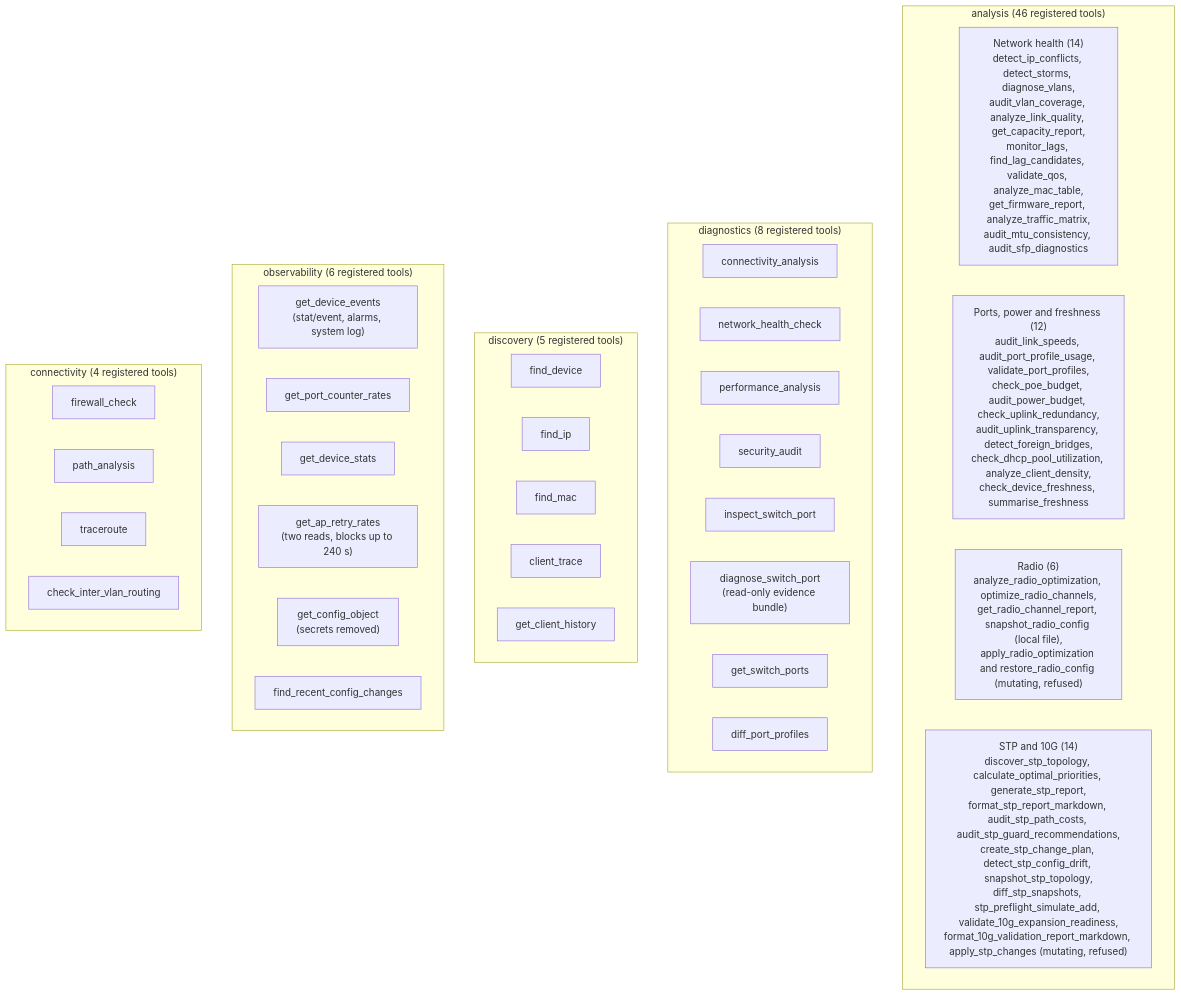
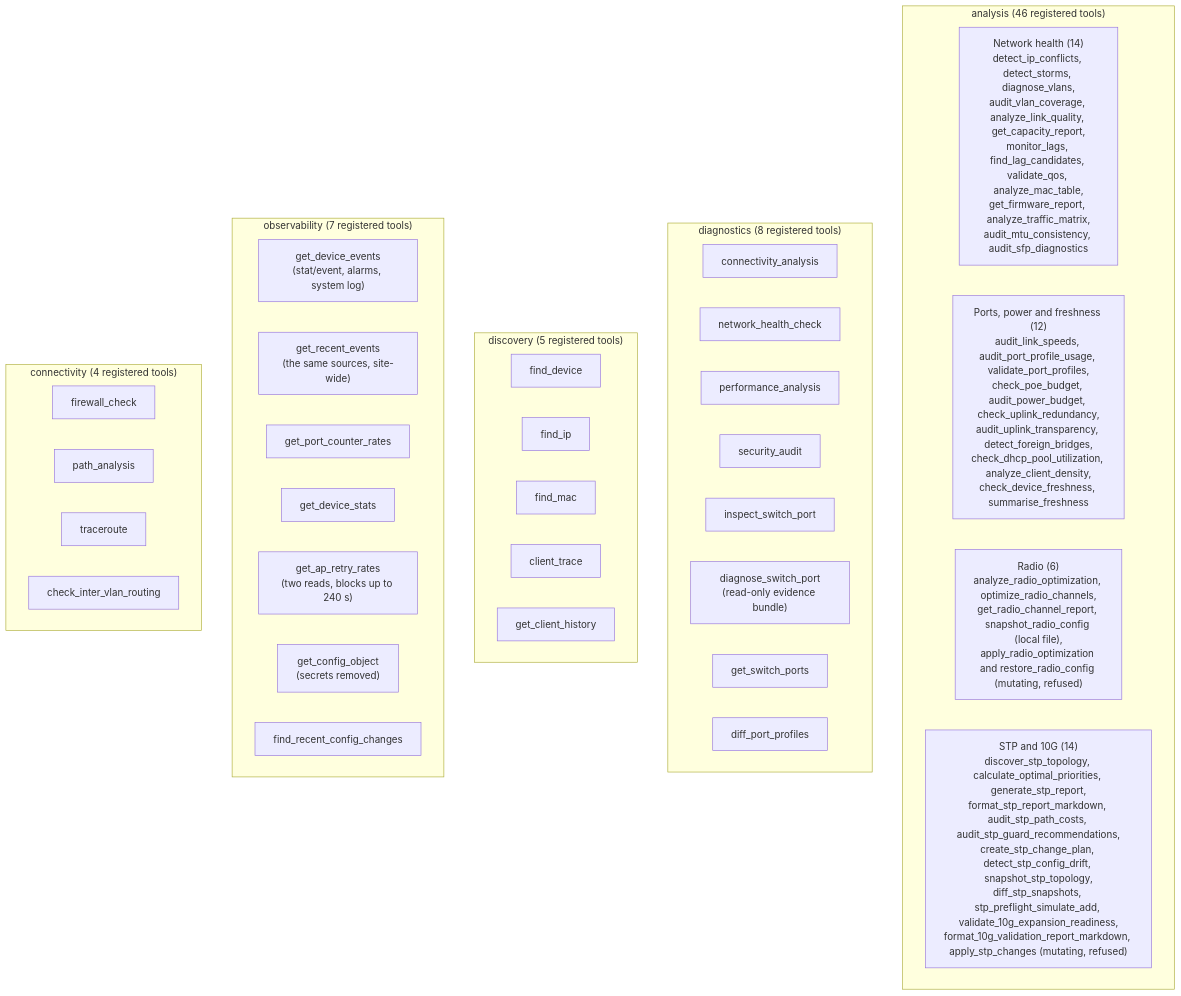
The fifth of 21 diagrams in docs/architecture/architecture-overview.md (NetDevAutomate/unifi_management_cli), drawn with Mermaid before and after one commit. The commit also changed other lines of this file and 16 other files, not shown here.

````diff
--- a/docs/architecture/architecture-overview.md
+++ b/docs/architecture/architecture-overview.md
@@ -502,45 +504,46 @@
 ```mermaid
 graph TD
     subgraph analysis["analysis (46 registered tools)"]
         direction LR
         H["Network health (14)\ndetect_ip_conflicts, detect_storms, diagnose_vlans,\naudit_vlan_coverage, analyze_link_quality, get_capacity_report,\nmonitor_lags, find_lag_candidates, validate_qos, analyze_mac_table,\nget_firmware_report, analyze_traffic_matrix,\naudit_mtu_consistency, audit_sfp_diagnostics"]
         P["Ports, power and freshness (12)\naudit_link_speeds, audit_port_profile_usage, validate_port_profiles,\ncheck_poe_budget, audit_power_budget, check_uplink_redundancy,\naudit_uplink_transparency, detect_foreign_bridges,\ncheck_dhcp_pool_utilization, analyze_client_density,\ncheck_device_freshness, summarise_freshness"]
         R["Radio (6)\nanalyze_radio_optimization, optimize_radio_channels,\nget_radio_channel_report, snapshot_radio_config (local file),\napply_radio_optimization and restore_radio_config (mutating, refused)"]
         S["STP and 10G (14)\ndiscover_stp_topology, calculate_optimal_priorities, generate_stp_report,\nformat_stp_report_markdown, audit_stp_path_costs, audit_stp_guard_recommendations,\ncreate_stp_change_plan, detect_stp_config_drift, snapshot_stp_topology,\ndiff_stp_snapshots, stp_preflight_simulate_add, validate_10g_expansion_readiness,\nformat_10g_validation_report_markdown, apply_stp_changes (mutating, refused)"]
     end
 
     subgraph diagnostics["diagnostics (8 registered tools)"]
         D1["connectivity_analysis"]
         D2["network_health_check"]
         D3["performance_analysis"]
         D4["security_audit"]
         D5["inspect_switch_port"]
         D6["diagnose_switch_port\n(read-only evidence bundle)"]
         D7["get_switch_ports"]
         D8["diff_port_profiles"]
     end
 
     subgraph discovery["discovery (5 registered tools)"]
         DS1["find_device"]
         DS2["find_ip"]
         DS3["find_mac"]
         DS4["client_trace"]
         DS5["get_client_history"]
     end
 
-    subgraph observability["observability (6 registered tools)"]
+    subgraph observability["observability (7 registered tools)"]
         O1["get_device_events\n(stat/event, alarms, system log)"]
+        O7["get_recent_events\n(the same sources, site-wide)"]
         O2["get_port_counter_rates"]
         O3["get_device_stats"]
         O4["get_ap_retry_rates\n(two reads, blocks up to 240 s)"]
         O5["get_config_object\n(secrets removed)"]
         O6["find_recent_config_changes"]
     end
 
     subgraph connectivity["connectivity (4 registered tools)"]
         C1["firewall_check"]
         C2["path_analysis"]
         C3["traceroute"]
         C4["check_inter_vlan_routing"]
     end
 ```
````
